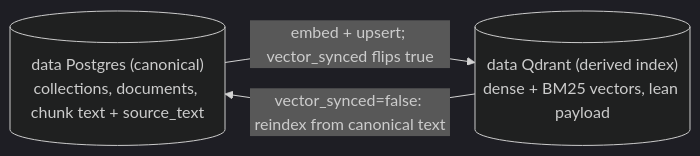
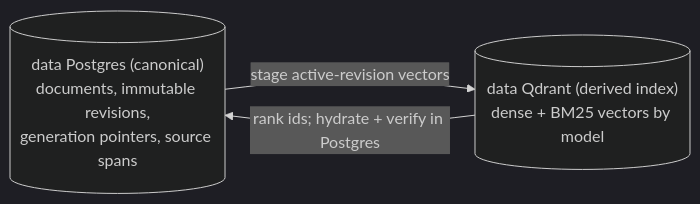
The first of 2 diagrams in docs/knowledge/overview.md (BZandi/inqtrix), drawn with Mermaid (dark theme) before and after one commit. The commit also changed other lines of this file and 1064 other files, not shown here.

````diff
--- a/docs/knowledge/overview.md
+++ b/docs/knowledge/overview.md
@@ -27,7 +37,7 @@
 ```mermaid
 flowchart LR
-    PG[("data Postgres (canonical)<br/>collections, documents, chunk text + source_text")]
-    QD[("data Qdrant (derived index)<br/>dense + BM25 vectors, lean payload")]
-    PG -->|"embed + upsert; vector_synced flips true"| QD
-    QD -->|"vector_synced=false: reindex from canonical text"| PG
+    PG[("data Postgres (canonical)<br/>documents, immutable revisions,<br/>generation pointers, source spans")]
+    QD[("data Qdrant (derived index)<br/>dense + BM25 vectors by model")]
+    PG -->|"stage active-revision vectors"| QD
+    QD -->|"rank ids; hydrate + verify in Postgres"| PG
 ```
````
